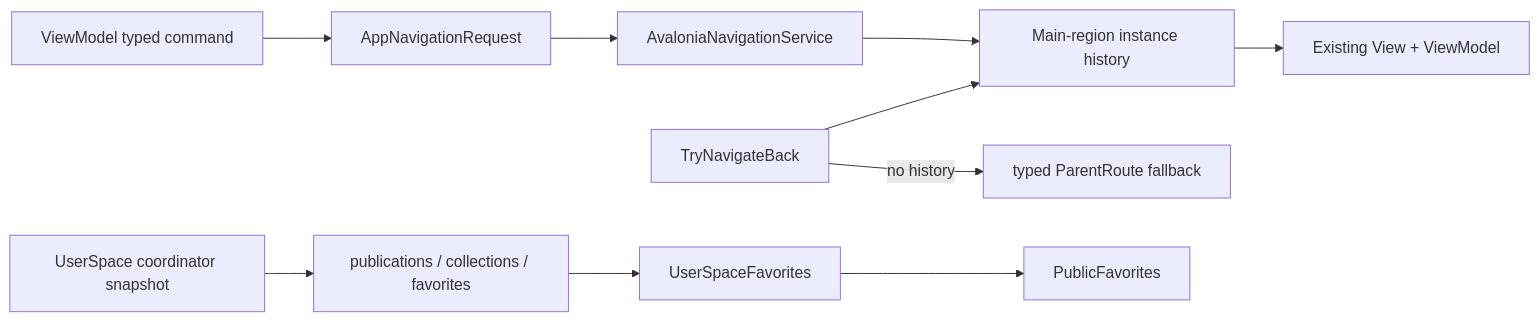
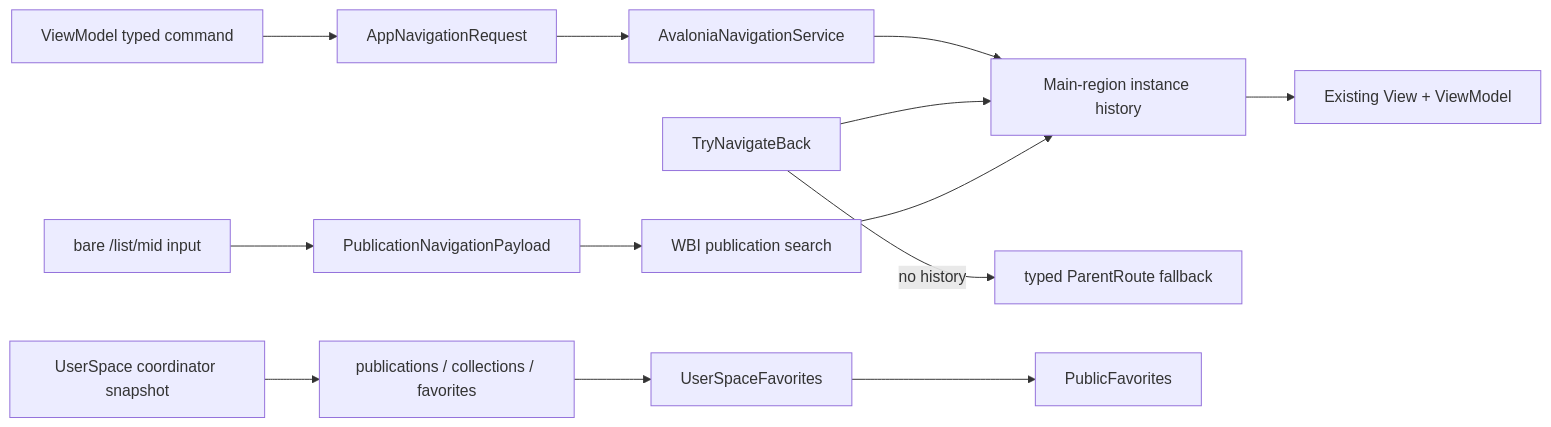
Before and after one commit to crazysmile-PhD/downkyicore: the second of 4 diagrams in ARCHITECTURE.md, drawn with Mermaid. The commit also changed other lines of this file and 31 other files, not shown here.

Commit message:
feat(navigation): port list search and retained state

````diff
--- a/ARCHITECTURE.md
+++ b/ARCHITECTURE.md
@@ -64,12 +64,15 @@
 ```mermaid
 flowchart LR
     Command["ViewModel typed command"] --> Request["AppNavigationRequest"]
     Request --> Router["AvaloniaNavigationService"]
     Router --> History["Main-region instance history"]
     History --> View["Existing View + ViewModel"]
     Back["TryNavigateBack"] --> History
     Back -->|"no history"| Parent["typed ParentRoute fallback"]
     UserSpace["UserSpace coordinator snapshot"] --> Tabs["publications / collections / favorites"]
     Tabs --> FavoriteFolders["UserSpaceFavorites"]
     FavoriteFolders --> PublicFavorites["PublicFavorites"]
+    ListUrl["bare /list/mid input"] --> PublicationPayload["PublicationNavigationPayload"]
+    PublicationPayload --> PublicationPage["WBI publication search"]
+    PublicationPage --> History
 ```
````
